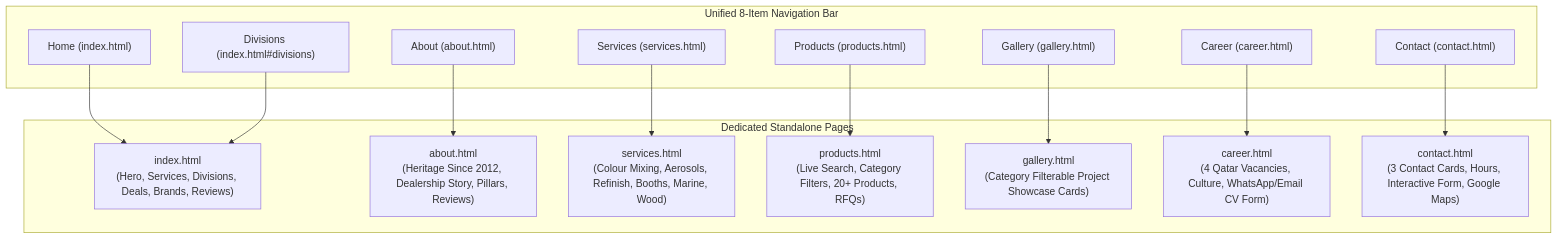
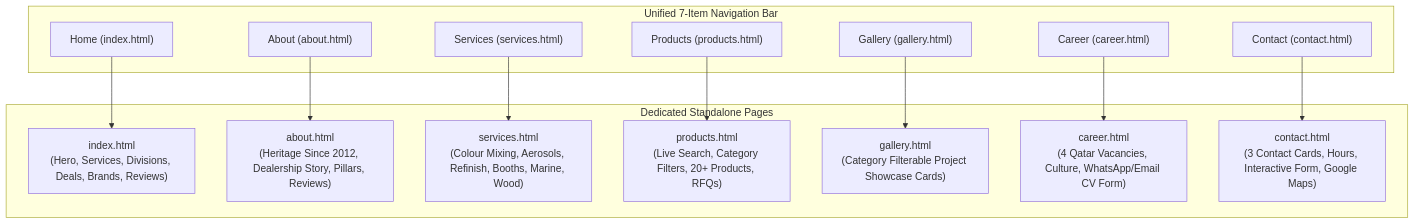
One commit to manu-gitxen/royalautopaints changed the diagram in docs/blueprint.md. Above: the diagram before and after it, drawn with Mermaid. The commit also changed other lines of this file and 20 other files, not shown here.

First line of the commit message:
feat: redesign business divisions showcase to reference & standardize top bar

````diff
--- a/docs/blueprint.md
+++ b/docs/blueprint.md
@@ -36,32 +36,30 @@
 ```mermaid
 flowchart TD
-    subgraph Navigation["Unified 8-Item Navigation Bar"]
+    subgraph Navigation["Unified 7-Item Navigation Bar"]
         NavHome["Home (index.html)"]
         NavAbout["About (about.html)"]
         NavServices["Services (services.html)"]
-        NavDivisions["Divisions (index.html#divisions)"]
         NavProducts["Products (products.html)"]
         NavGallery["Gallery (gallery.html)"]
         NavCareer["Career (career.html)"]
         NavContact["Contact (contact.html)"]
     end
 
     subgraph Pages["Dedicated Standalone Pages"]
         HomePg["index.html\n(Hero, Services, Divisions, Deals, Brands, Reviews)"]
         AboutPg["about.html\n(Heritage Since 2012, Dealership Story, Pillars, Reviews)"]
         ServicesPg["services.html\n(Colour Mixing, Aerosols, Refinish, Booths, Marine, Wood)"]
         ProductsPg["products.html\n(Live Search, Category Filters, 20+ Products, RFQs)"]
         GalleryPg["gallery.html\n(Category Filterable Project Showcase Cards)"]
         CareerPg["career.html\n(4 Qatar Vacancies, Culture, WhatsApp/Email CV Form)"]
         ContactPg["contact.html\n(3 Contact Cards, Hours, Interactive Form, Google Maps)"]
     end
 
     NavHome --> HomePg
     NavAbout --> AboutPg
     NavServices --> ServicesPg
-    NavDivisions --> HomePg
     NavProducts --> ProductsPg
     NavGallery --> GalleryPg
     NavCareer --> CareerPg
     NavContact --> ContactPg
 ```
````
